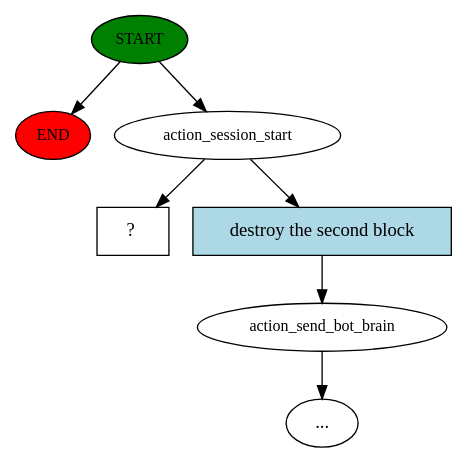
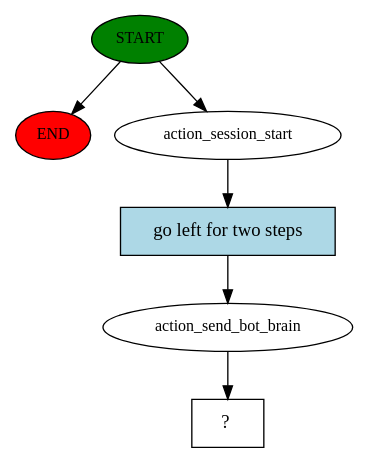
One commit to MaikePaetzel/minetest-agent changed the diagram in dialog_manager/rasa_dm/story_graph.dot. Above: the diagram before and after it, drawn with Graphviz. The commit also changed 6 other files, not shown here.

```diff
--- a/dialog_manager/rasa_dm/story_graph.dot
+++ b/dialog_manager/rasa_dm/story_graph.dot
@@ -1,15 +1,13 @@
 digraph  {
 0 [class="start active", fillcolor=green, fontsize=12, label=START, style=filled];
 "-1" [class=end, fillcolor=red, fontsize=12, label=END, style=filled];
 1 [class=active, fontsize=12, label=action_session_start];
-2 [class="", fontsize=12, label=action_send_bot_brain];
-"-3" [class=ellipsis, label="..."];
-4 [class="intent dashed active", label="  ?  ", shape=rect];
-5 [class=intent, fillcolor=lightblue, label="destroy the second block", shape=rect, style=filled];
+2 [class=active, fontsize=12, label=action_send_bot_brain];
+3 [class="intent dashed active", label="  ?  ", shape=rect];
+4 [class="intent active", fillcolor=lightblue, label="go left for two steps", shape=rect, style=filled];
 0 -> "-1"  [class="", key=NONE, label=""];
 0 -> 1  [class=active, key=NONE, label=""];
-1 -> 4  [class=active, key=NONE, label=""];
-1 -> 5  [class="", key=0];
-2 -> "-3"  [class="", key=NONE, label=""];
-5 -> 2  [class="", key=0];
+1 -> 4  [class=active, key=0];
+2 -> 3  [class=active, key=NONE, label=""];
+4 -> 2  [class=active, key=0];
 }
```
